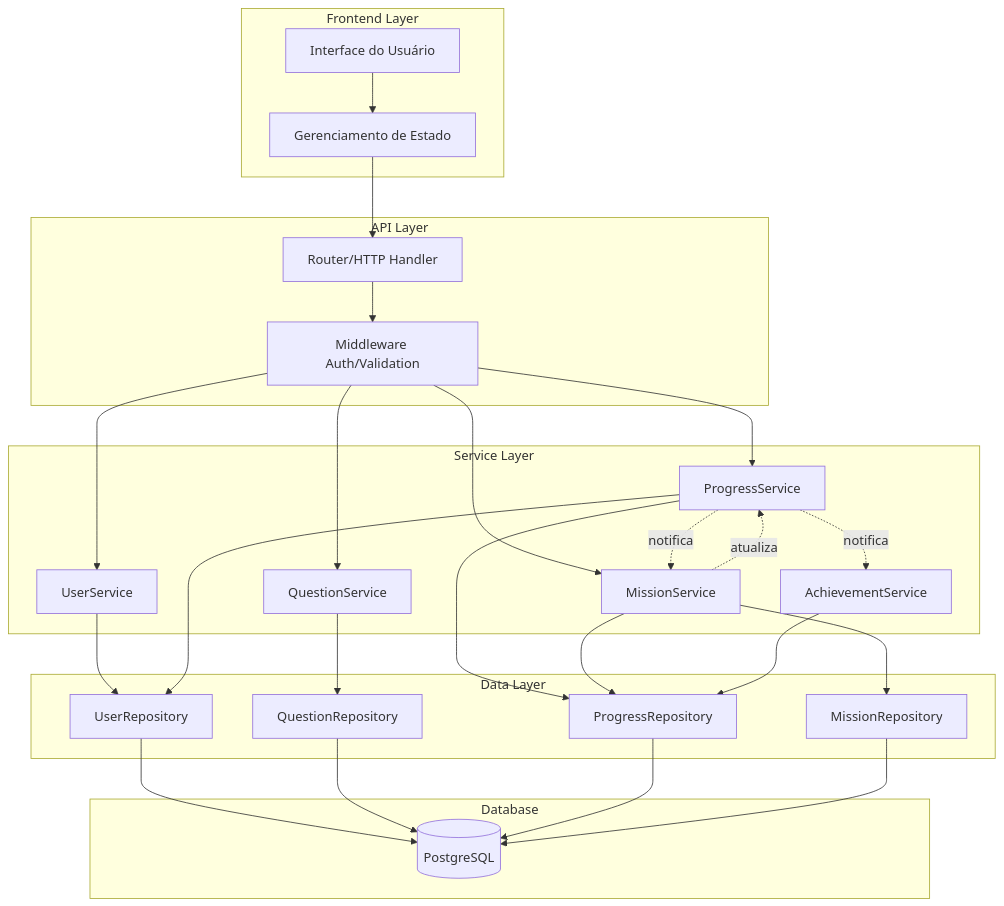
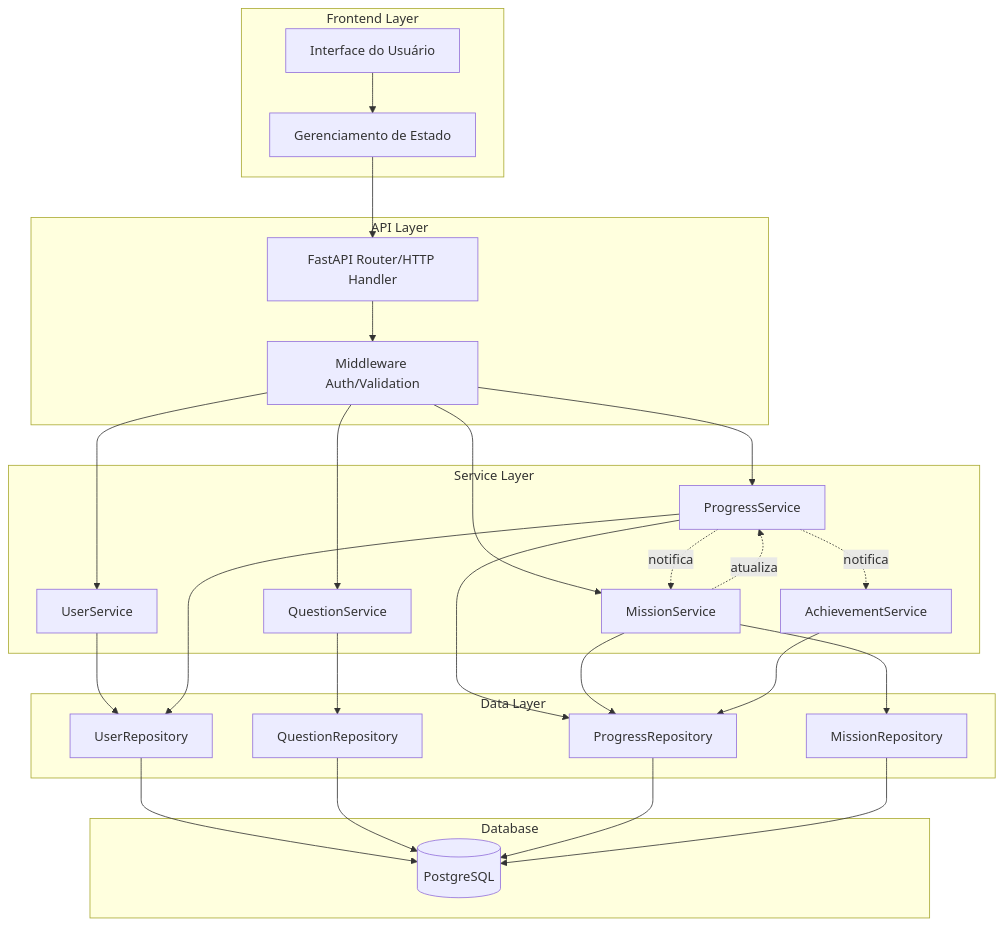
Before and after one commit to Senador2006/hackthon_docs: the fifth of 8 diagrams in desenvolvimento.md, drawn with Mermaid. The commit also changed other lines of this file and 2 other files, not shown here.

Commit message:
Atualização da documentação para refletir a migração do backend de Go para Python, incluindo a implementação de modelos utilizando Pydantic e FastAPI.

````diff
--- a/desenvolvimento.md
+++ b/desenvolvimento.md
@@ -879,56 +898,56 @@
 ```mermaid
 graph TB
     subgraph "Frontend Layer"
         UI[Interface do Usuário]
         State[Gerenciamento de Estado]
     end
     
     subgraph "API Layer"
-        Router[Router/HTTP Handler]
+        Router[FastAPI Router/HTTP Handler]
         Middleware[Middleware Auth/Validation]
     end
     
     subgraph "Service Layer"
         UserSvc[UserService]
         QuestionSvc[QuestionService]
         ProgressSvc[ProgressService]
         MissionSvc[MissionService]
         AchievementSvc[AchievementService]
     end
     
     subgraph "Data Layer"
         UserRepo[UserRepository]
         QuestionRepo[QuestionRepository]
         ProgressRepo[ProgressRepository]
         MissionRepo[MissionRepository]
     end
     
     subgraph "Database"
         DB[(PostgreSQL)]
     end
     
     UI --> State
     State --> Router
     Router --> Middleware
     Middleware --> UserSvc
     Middleware --> QuestionSvc
     Middleware --> ProgressSvc
     Middleware --> MissionSvc
     
     UserSvc --> UserRepo
     QuestionSvc --> QuestionRepo
     ProgressSvc --> ProgressRepo
     ProgressSvc --> UserRepo
     MissionSvc --> MissionRepo
     MissionSvc --> ProgressRepo
     AchievementSvc --> ProgressRepo
     
     UserRepo --> DB
     QuestionRepo --> DB
     ProgressRepo --> DB
     MissionRepo --> DB
     
     ProgressSvc -.->|notifica| MissionSvc
     ProgressSvc -.->|notifica| AchievementSvc
     MissionSvc -.->|atualiza| ProgressSvc
 ```
````
